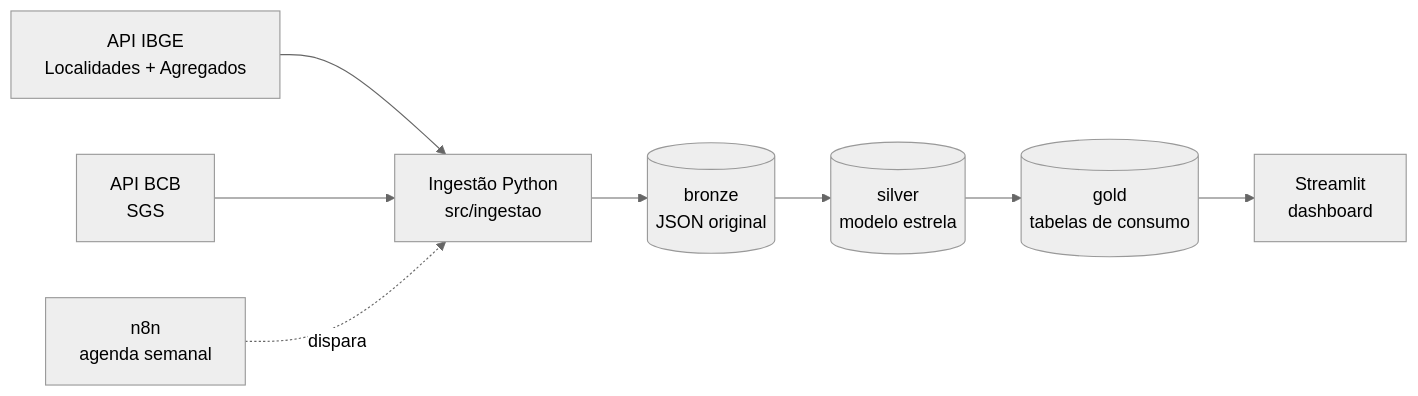
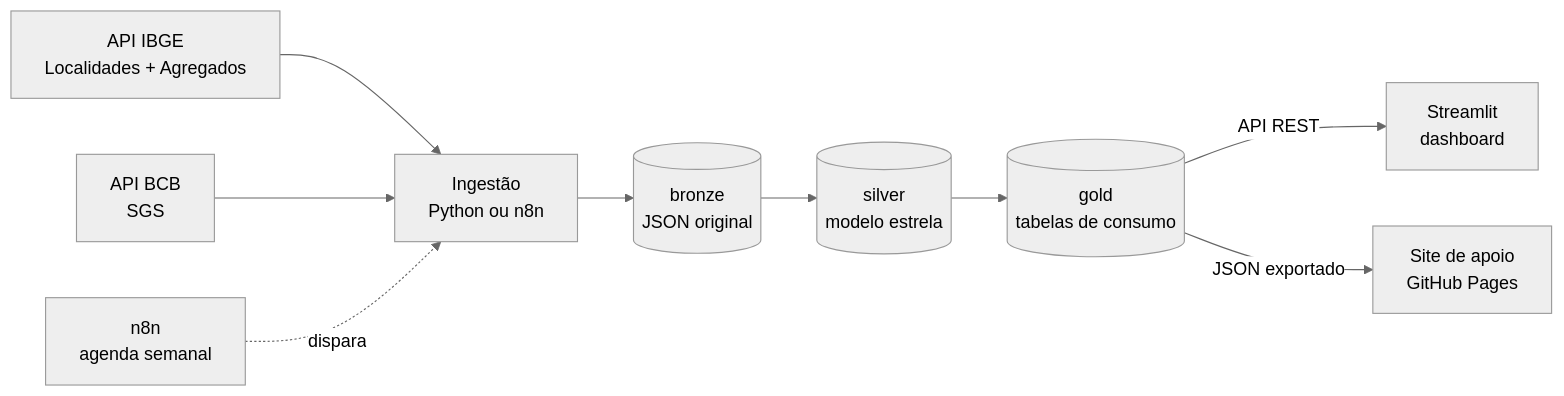
Before and after one commit to JJ-Junior/radar-expansao: the diagram in README.md, drawn with Mermaid (neutral theme). The commit also changed other lines of this file and 1 other file, not shown here.

````diff
--- a/README.md
+++ b/README.md
@@ -31,10 +31,11 @@
 ```mermaid
 flowchart LR
-    IBGE[API IBGE<br/>Localidades + Agregados] --> ING[Ingestão Python<br/>src/ingestao]
+    IBGE[API IBGE<br/>Localidades + Agregados] --> ING[Ingestão<br/>Python ou n8n]
     BCB[API BCB<br/>SGS] --> ING
     N8N[n8n<br/>agenda semanal] -.dispara.-> ING
     ING --> B[(bronze<br/>JSON original)]
     B --> S[(silver<br/>modelo estrela)]
     S --> G[(gold<br/>tabelas de consumo)]
-    G --> APP[Streamlit<br/>dashboard]
+    G -->|API REST| APP[Streamlit<br/>dashboard]
+    G -->|JSON exportado| SITE[Site de apoio<br/>GitHub Pages]
 ```
````
